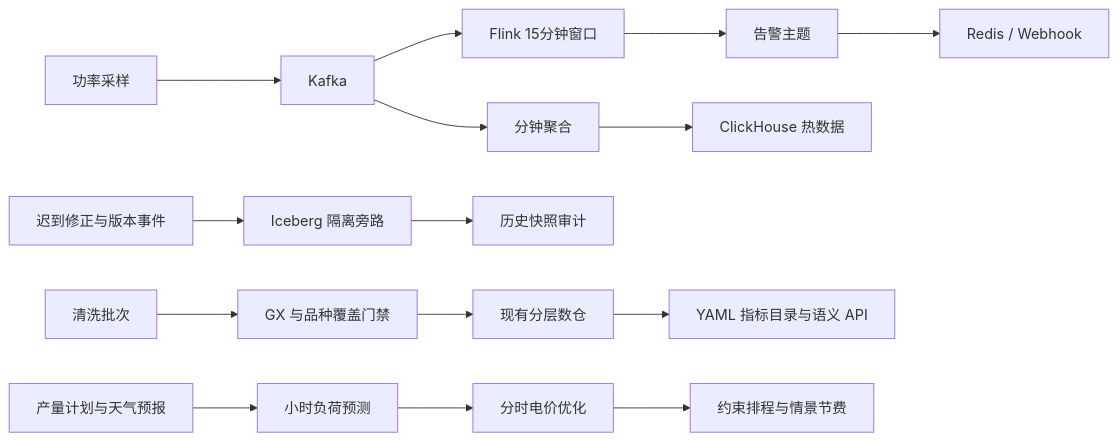
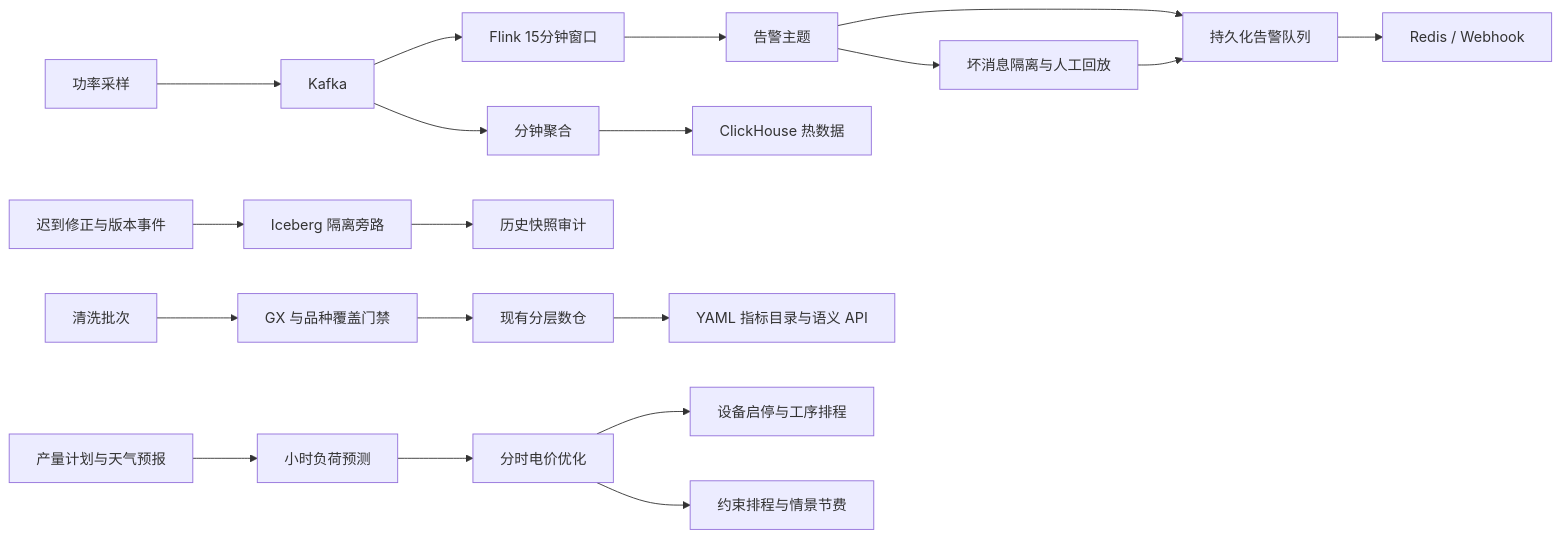
One commit to YZC0219/industrial_energy_analysis changed the second of 2 diagrams in README.md. Above: the diagram before and after it, drawn with Mermaid. The commit also changed other lines of this file and 261 other files, not shown here.

````diff
--- a/README.md
+++ b/README.md
@@ -142,17 +173,21 @@
 ```mermaid
 flowchart LR
     PLC[功率采样] --> Kafka[Kafka]
     Kafka --> Flink[Flink 15分钟窗口]
     Flink --> Alerts[告警主题]
-    Alerts --> Dispatch[Redis / Webhook]
+    Alerts --> Outbox[持久化告警队列]
+    Alerts --> Quarantine[坏消息隔离与人工回放]
+    Quarantine --> Outbox
+    Outbox --> Dispatch[Redis / Webhook]
     Kafka --> Minute[分钟聚合]
     Minute --> CH[ClickHouse 热数据]
     CDC[迟到修正与版本事件] --> Iceberg[Iceberg 隔离旁路]
     Iceberg --> Audit[历史快照审计]
     Batch[清洗批次] --> Gate[GX 与品种覆盖门禁]
     Gate --> DW[现有分层数仓]
     DW --> Catalog[YAML 指标目录与语义 API]
     Plan[产量计划与天气预报] --> Forecast[小时负荷预测]
     Forecast --> TOU[分时电价优化]
+    TOU --> MILP[设备启停与工序排程]
     TOU --> Savings[约束排程与情景节费]
 ```
````
